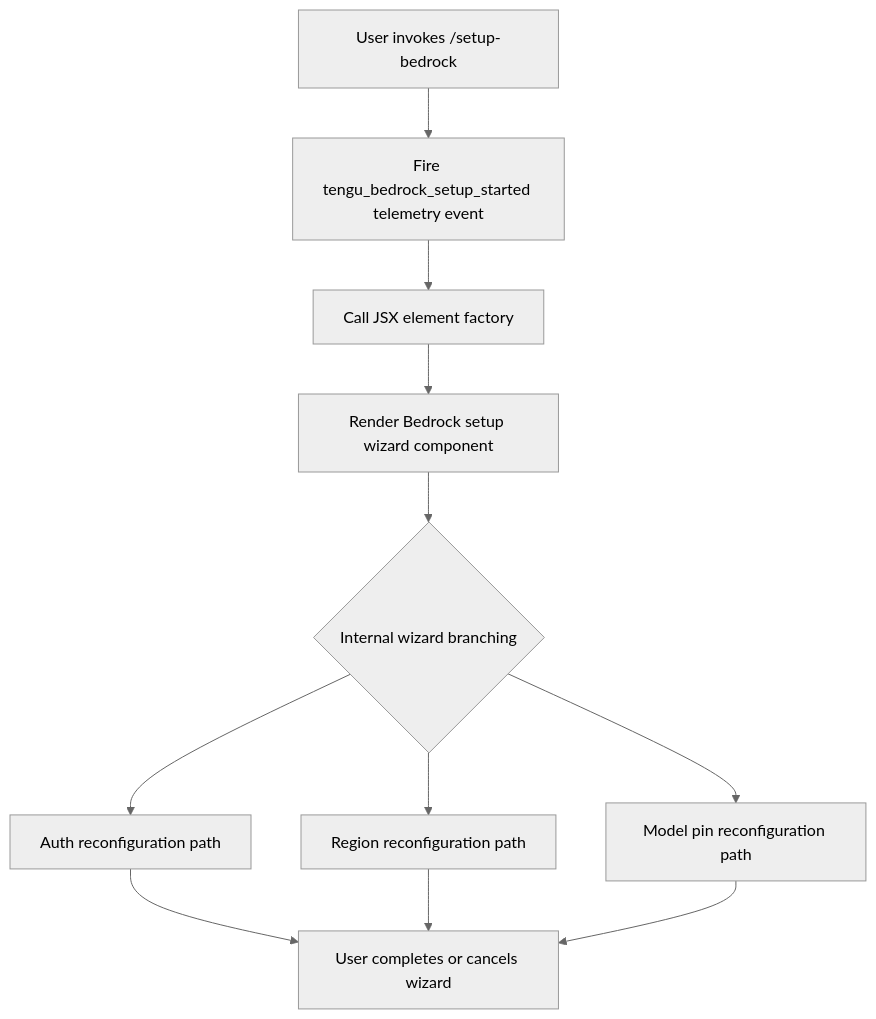
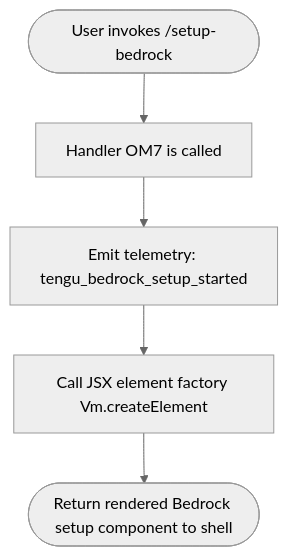
The diagram in versions/v2.1.132/setup-bedrock.md (MyLittleLuckyDog/cc-gnothi), drawn with Mermaid (neutral theme) before and after one commit. The commit also changed other lines of this file and 96 other files, not shown here.

````diff
--- a/versions/v2.1.132/setup-bedrock.md
+++ b/versions/v2.1.132/setup-bedrock.md
@@ -45,11 +54,7 @@
 ```mermaid
 flowchart TD
-    A[User invokes /setup-bedrock] --> B[Fire tengu_bedrock_setup_started telemetry event]
-    B --> C[Call JSX element factory]
-    C --> D[Render Bedrock setup wizard component]
-    D --> E{Internal wizard branching}
-    E --> F[Auth reconfiguration path]
-    E --> G[Region reconfiguration path]
-    E --> H[Model pin reconfiguration path]
-    F & G & H --> I[User completes or cancels wizard]
+    A([User invokes /setup-bedrock]) --> B[Handler OM7 is called]
+    B --> C[Emit telemetry: tengu_bedrock_setup_started]
+    C --> D[Call JSX element factory Vm.createElement]
+    D --> E([Return rendered Bedrock setup component to shell])
 ```
````
